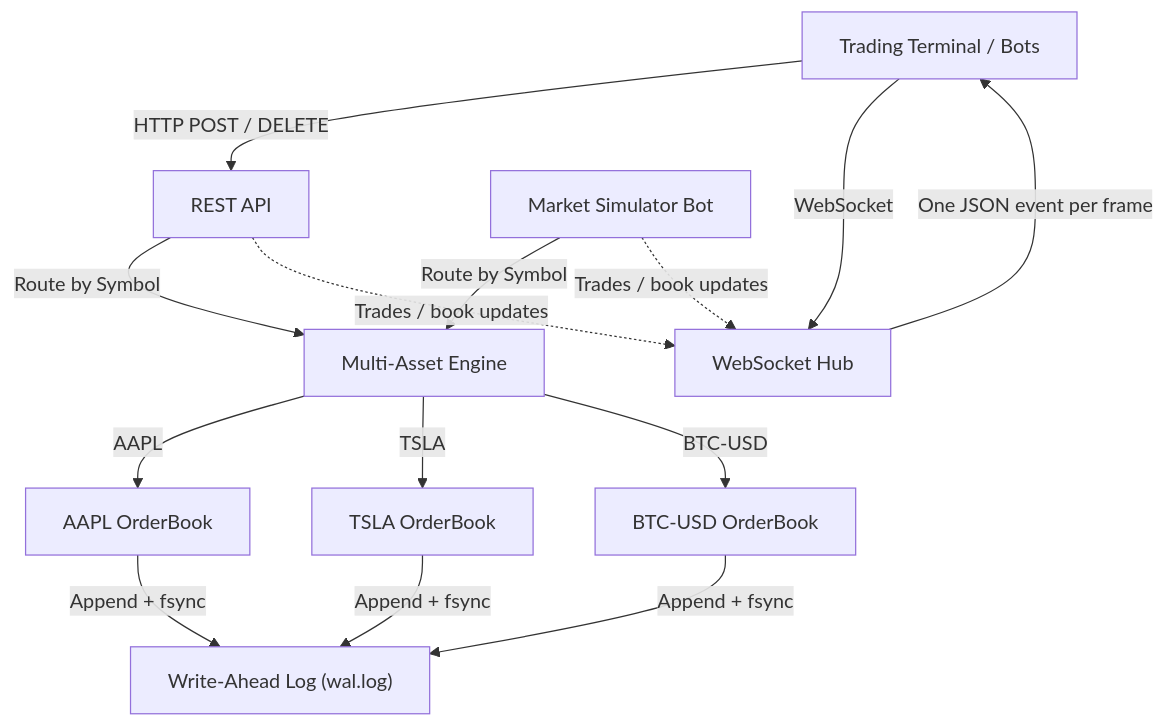
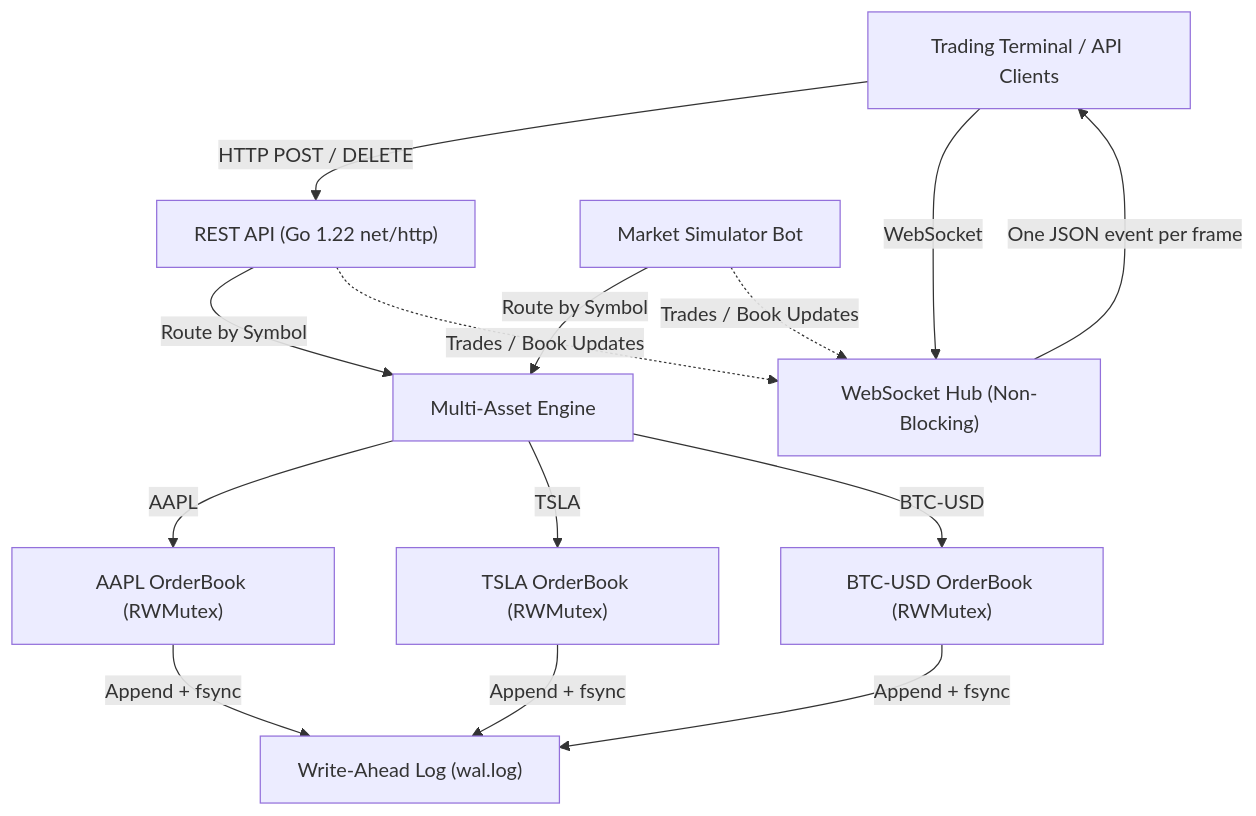
One commit to divya-3005/OME changed the diagram in README.md. Above: the diagram before and after it, drawn with Mermaid. The commit also changed other lines of this file and 10 other files, not shown here.

````diff
--- a/README.md
+++ b/README.md
@@ -36,16 +60,16 @@
 ```mermaid
 graph TD
-    Client["Trading Terminal / Bots"] -->|HTTP POST / DELETE| API["REST API"]
-    Client -->|WebSocket| WSHub["WebSocket Hub"]
+    Client["Trading Terminal / API Clients"] -->|HTTP POST / DELETE| API["REST API (Go 1.22 net/http)"]
+    Client -->|WebSocket| WSHub["WebSocket Hub (Non-Blocking)"]
     API -->|Route by Symbol| Engine["Multi-Asset Engine"]
     Sim["Market Simulator Bot"] -->|Route by Symbol| Engine
-    Engine -->|AAPL| OB1["AAPL OrderBook"]
-    Engine -->|TSLA| OB2["TSLA OrderBook"]
-    Engine -->|BTC-USD| OB3["BTC-USD OrderBook"]
+    Engine -->|AAPL| OB1["AAPL OrderBook (RWMutex)"]
+    Engine -->|TSLA| OB2["TSLA OrderBook (RWMutex)"]
+    Engine -->|BTC-USD| OB3["BTC-USD OrderBook (RWMutex)"]
     OB1 -->|Append + fsync| WAL["Write-Ahead Log (wal.log)"]
     OB2 -->|Append + fsync| WAL
     OB3 -->|Append + fsync| WAL
-    API -.->|Trades / book updates| WSHub
-    Sim -.->|Trades / book updates| WSHub
+    API -.->|Trades / Book Updates| WSHub
+    Sim -.->|Trades / Book Updates| WSHub
     WSHub -->|One JSON event per frame| Client
 ```
````
